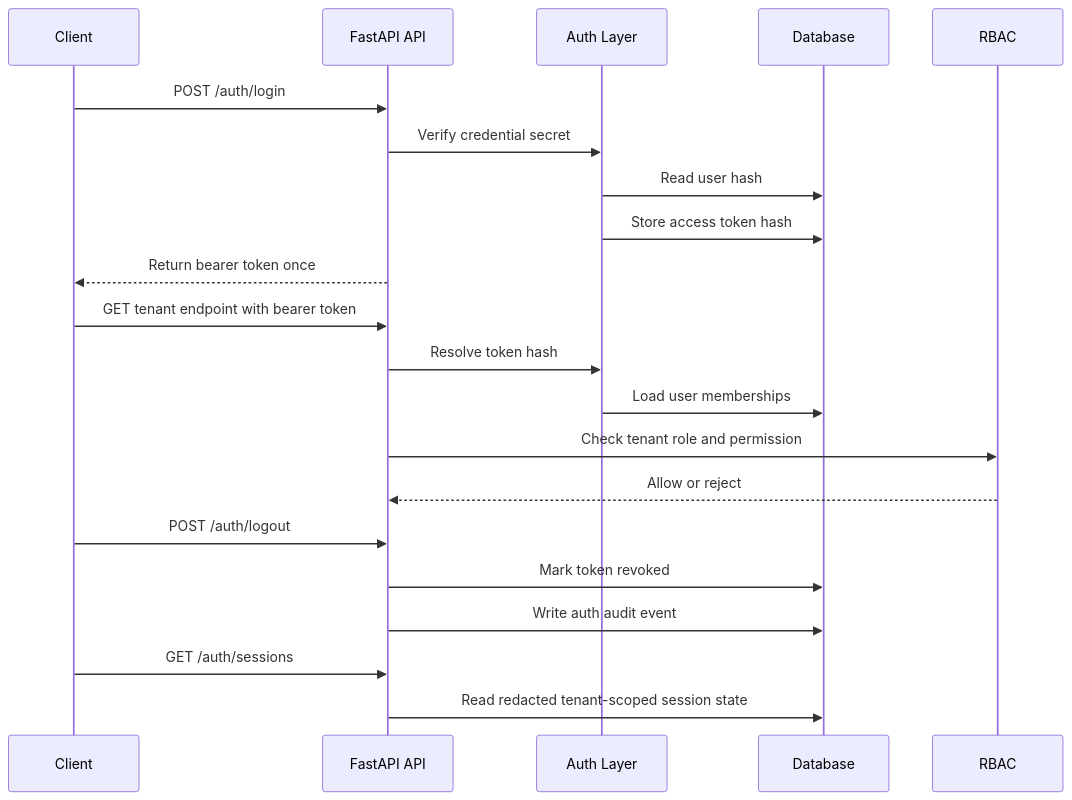
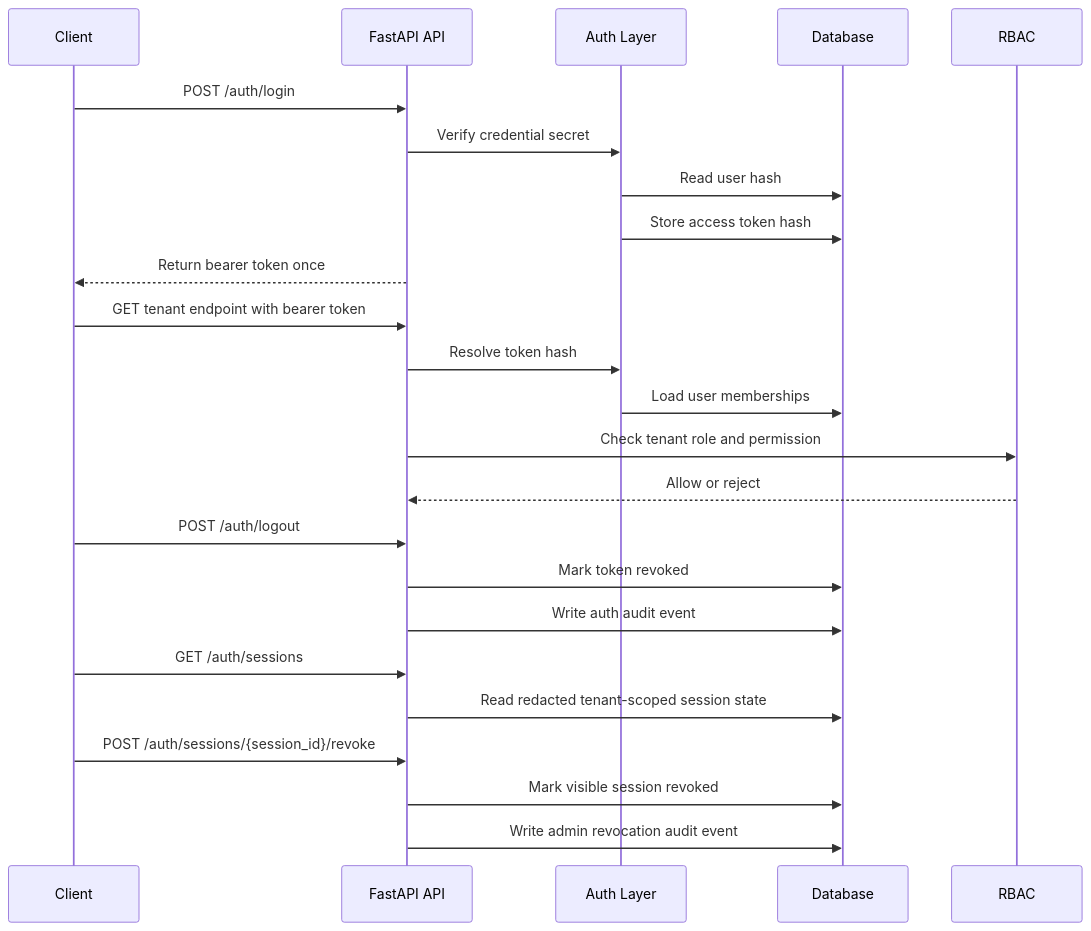
The diagram in docs/public/AUTH_FOUNDATION.md (AlexGerlitz/drivedesk-core), drawn with Mermaid before and after one commit. The commit also changed other lines of this file and 22 other files, not shown here.

Commit message:
Add admin session revocation

````diff
--- a/docs/public/AUTH_FOUNDATION.md
+++ b/docs/public/AUTH_FOUNDATION.md
@@ -100,24 +106,27 @@
 ```mermaid
 sequenceDiagram
   participant Client as Client
   participant API as FastAPI API
   participant Auth as Auth Layer
   participant DB as Database
   participant RBAC as RBAC
 
   Client->>API: POST /auth/login
   API->>Auth: Verify credential secret
   Auth->>DB: Read user hash
   Auth->>DB: Store access token hash
   API-->>Client: Return bearer token once
   Client->>API: GET tenant endpoint with bearer token
   API->>Auth: Resolve token hash
   Auth->>DB: Load user memberships
   API->>RBAC: Check tenant role and permission
   RBAC-->>API: Allow or reject
   Client->>API: POST /auth/logout
   API->>DB: Mark token revoked
   API->>DB: Write auth audit event
   Client->>API: GET /auth/sessions
   API->>DB: Read redacted tenant-scoped session state
+  Client->>API: POST /auth/sessions/{session_id}/revoke
+  API->>DB: Mark visible session revoked
+  API->>DB: Write admin revocation audit event
 ```
````
